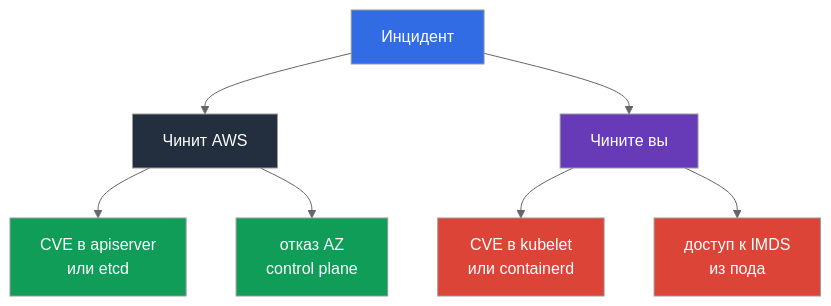
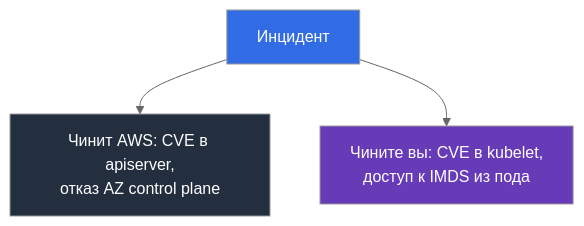
One commit to ViktorUJ/cks changed the third of 3 diagrams in tasks/eks/course/01/ru.md. Above: the diagram before and after it, drawn with Mermaid (neutral theme). The commit also changed other lines of this file and 52 other files, not shown here.

````diff
--- a/tasks/eks/course/01/ru.md
+++ b/tasks/eks/course/01/ru.md
@@ -167,17 +169,8 @@
 ```mermaid
 flowchart TB
-    inc["Инцидент"]
-    inc --> aws["Чинит AWS"]
-    inc --> you["Чините вы"]
-    aws --> a1["CVE в apiserver<br>или etcd"]
-    aws --> a2["отказ AZ<br>control plane"]
-    you --> y1["CVE в kubelet<br>или containerd"]
-    you --> y2["доступ к IMDS<br>из пода"]
+    inc["Инцидент"] --> aws["Чинит AWS: CVE в apiserver,<br/>отказ AZ control plane"]
+    inc --> you["Чините вы: CVE в kubelet,<br/>доступ к IMDS из пода"]
     style inc fill:#326ce5,color:#fff
     style aws fill:#232f3e,color:#fff
     style you fill:#673ab7,color:#fff
-    style a1 fill:#0f9d58,color:#fff
-    style a2 fill:#0f9d58,color:#fff
-    style y1 fill:#db4437,color:#fff
-    style y2 fill:#db4437,color:#fff
 ```
````
